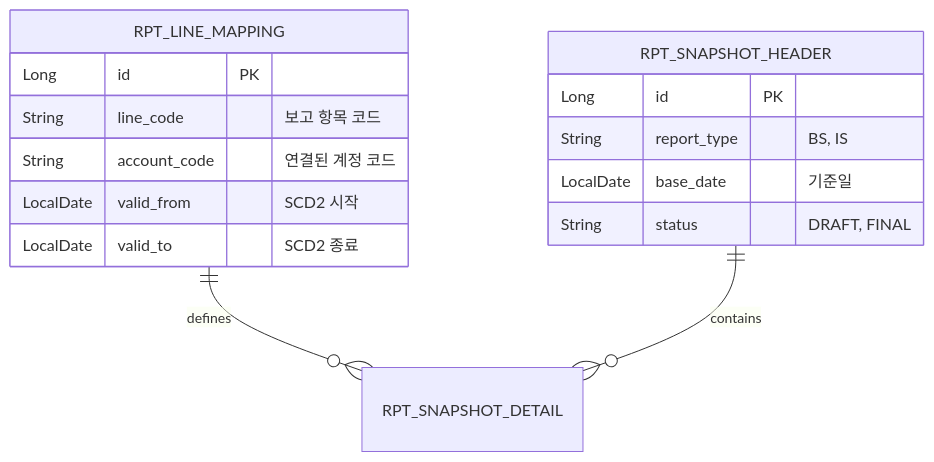
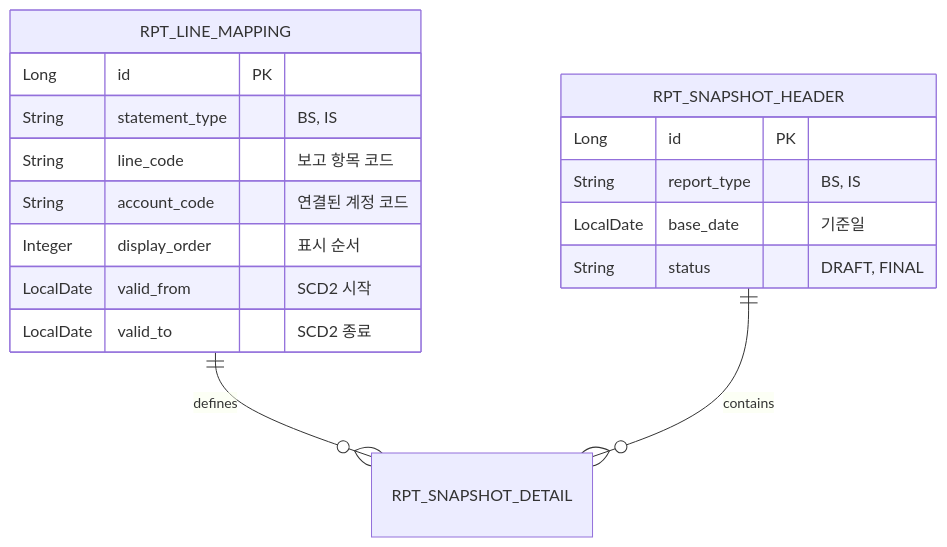
Before and after one commit to skyg547/account: the third of 3 diagrams in reporting/README.md, drawn with Mermaid. The commit also changed other lines of this file and 19 other files, not shown here.

````diff
--- a/reporting/README.md
+++ b/reporting/README.md
@@ -59,20 +59,22 @@
 ```mermaid
 erDiagram
     RPT_LINE_MAPPING ||--o{ RPT_SNAPSHOT_DETAIL : "defines"
     RPT_SNAPSHOT_HEADER ||--o{ RPT_SNAPSHOT_DETAIL : "contains"
 
     RPT_LINE_MAPPING {
         Long id PK
+        String statement_type "BS, IS"
         String line_code "보고 항목 코드"
         String account_code "연결된 계정 코드"
+        Integer display_order "표시 순서"
         LocalDate valid_from "SCD2 시작"
         LocalDate valid_to "SCD2 종료"
     }
     
     RPT_SNAPSHOT_HEADER {
         Long id PK
         String report_type "BS, IS"
         LocalDate base_date "기준일"
         String status "DRAFT, FINAL"
     }
 ```
````
